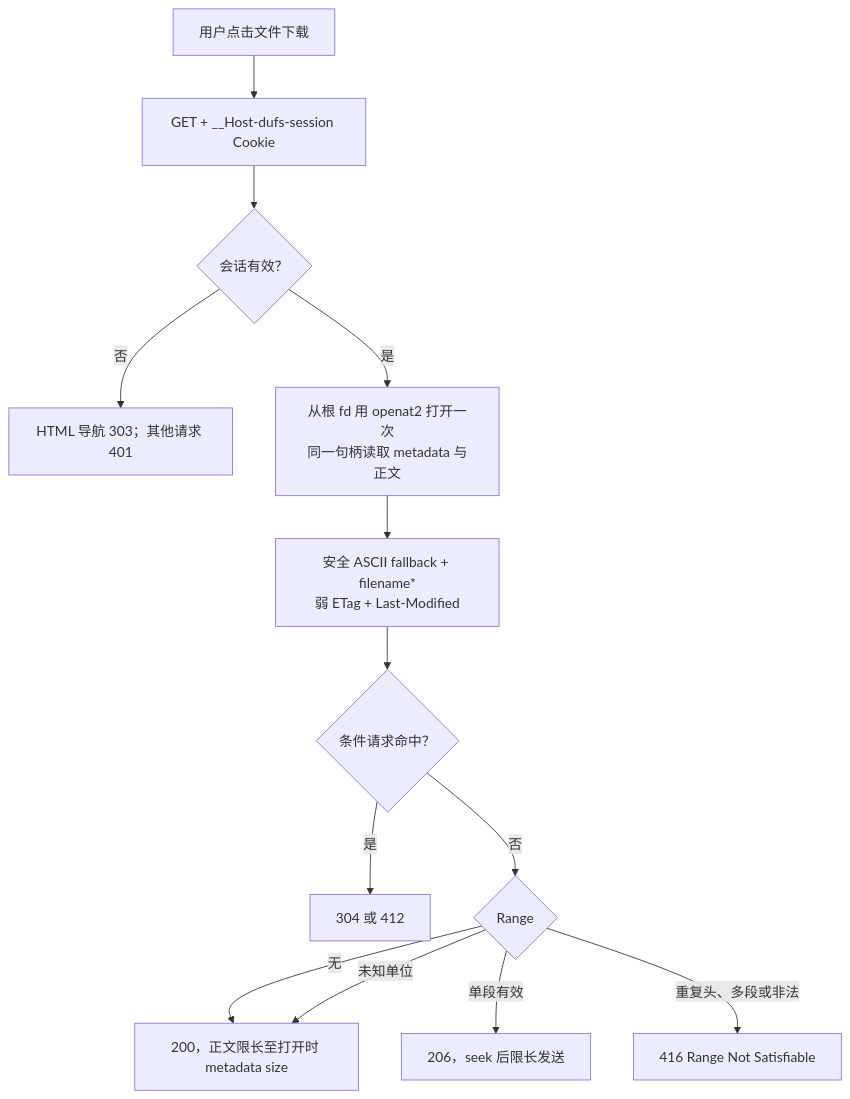
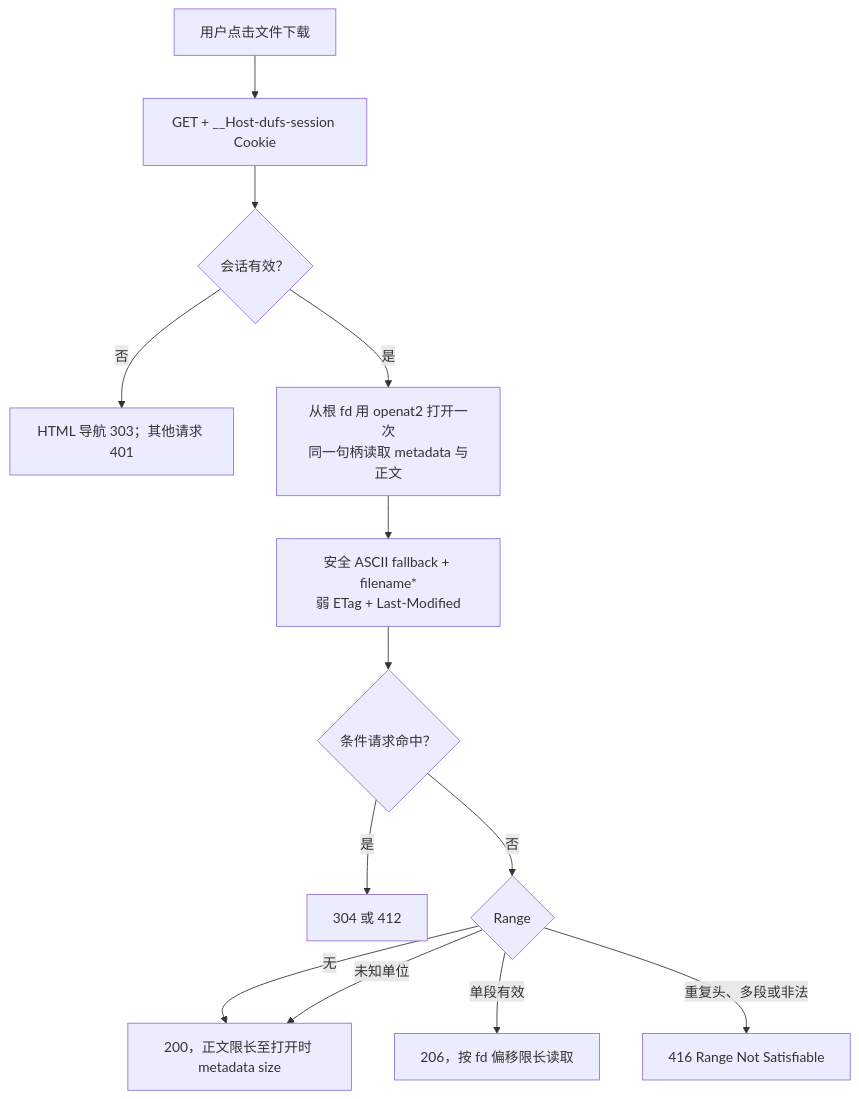
One commit to isarmg/dufs-ram changed the tenth of 22 diagrams in docs/project-workflow.md. Above: the diagram before and after it, drawn with Mermaid. The commit also changed other lines of this file and 4 other files, not shown here.

````diff
--- a/docs/project-workflow.md
+++ b/docs/project-workflow.md
@@ -423,15 +423,15 @@
 ```mermaid
 flowchart TD
     CLICK["用户点击文件下载"] --> GET["GET + __Host-dufs-session Cookie"]
     GET --> SESSION{"会话有效？"}
     SESSION -- 否 --> UNAUTH["HTML 导航 303；其他请求 401"]
     SESSION -- 是 --> OPEN["从根 fd 用 openat2 打开一次<br/>同一句柄读取 metadata 与正文"]
     OPEN --> HEADER["安全 ASCII fallback + filename*<br/>弱 ETag + Last-Modified"]
     HEADER --> CACHE{"条件请求命中？"}
     CACHE -- 是 --> CONDITIONAL["304 或 412"]
     CACHE -- 否 --> RANGE{"Range"}
     RANGE -- 无 --> FULL["200，正文限长至打开时 metadata size"]
     RANGE -- 未知单位 --> FULL
-    RANGE -- 单段有效 --> SINGLE["206，seek 后限长发送"]
+    RANGE -- 单段有效 --> SINGLE["206，按 fd 偏移限长读取"]
     RANGE -- 重复头、多段或非法 --> BAD["416 Range Not Satisfiable"]
 ```
````
